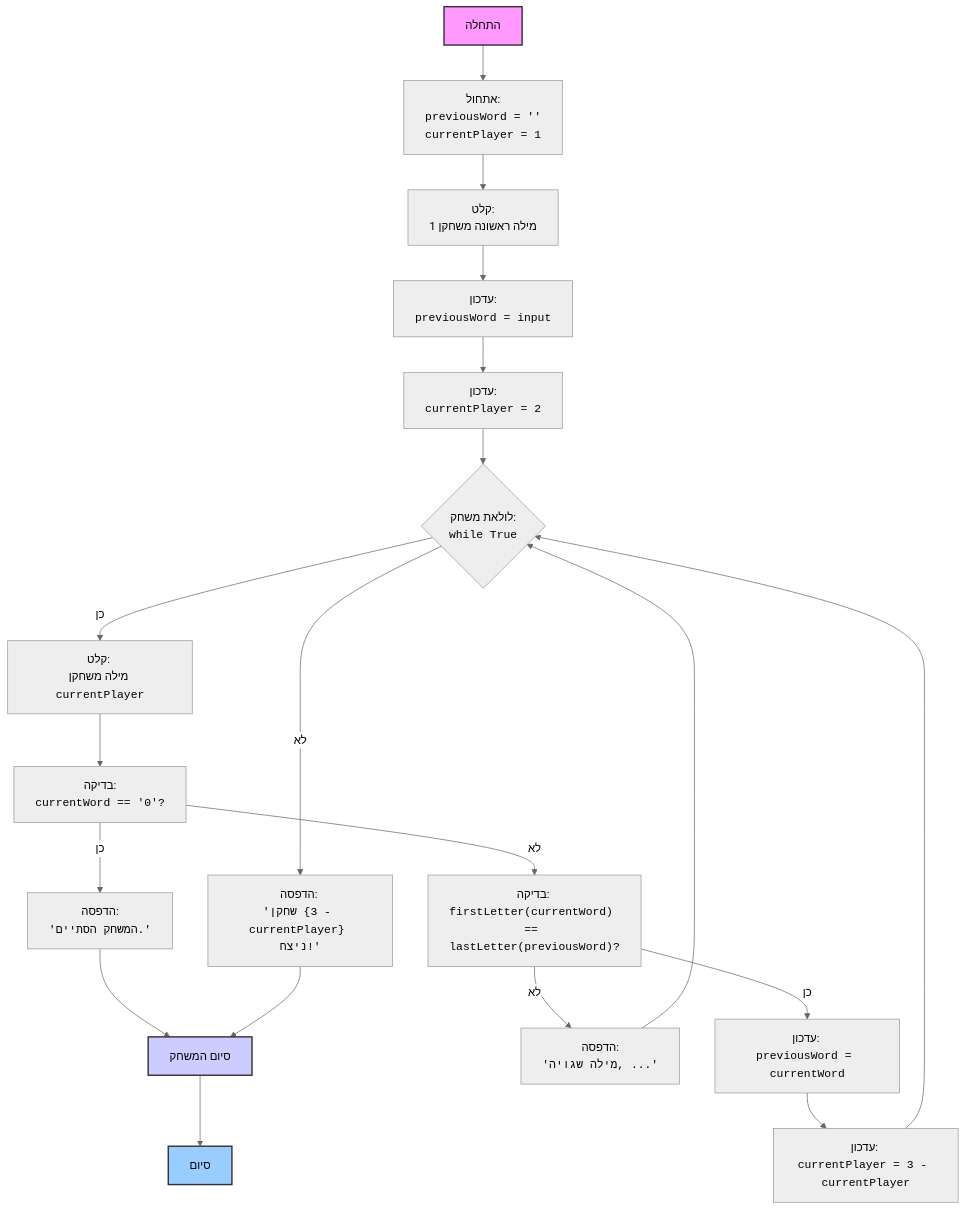
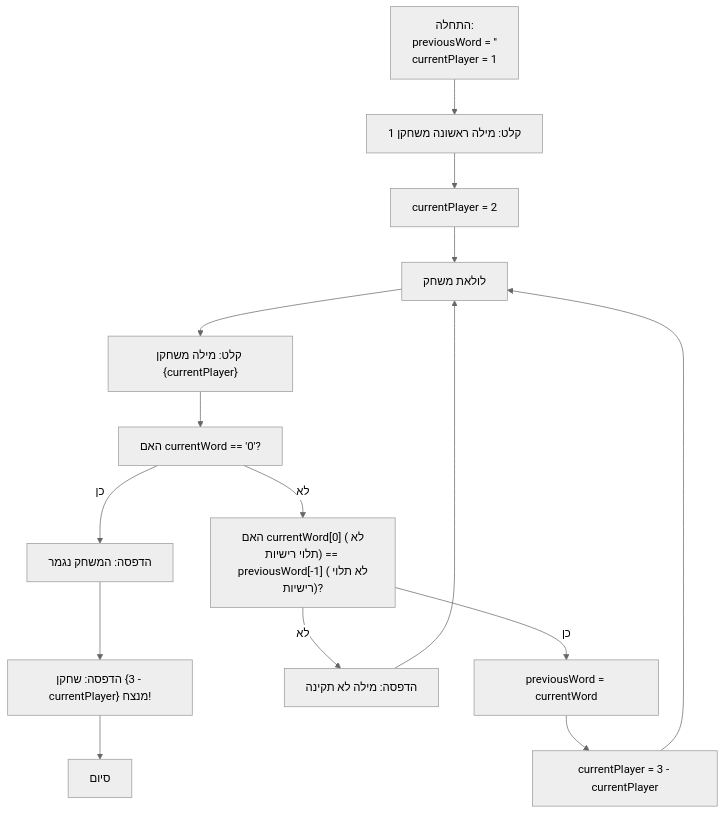
The diagram in docs/gemini/he/explainer/src/endpoints/ai_games/101_basic_computer_games/ru/GAMES/KING/king.py.md (hypo69/hypo), drawn with Mermaid (neutral theme) before and after one commit. The commit also changed other lines of this file and 885 other files, not shown here.

````diff
--- a/docs/gemini/he/explainer/src/endpoints/ai_games/101_basic_computer_games/ru/GAMES/KING/king.py.md
+++ b/docs/gemini/he/explainer/src/endpoints/ai_games/101_basic_computer_games/ru/GAMES/KING/king.py.md
@@ -94,26 +51,17 @@
 ```mermaid
 flowchart TD
-    Start["התחלה"] --> InitializeVars["אתחול: <br><code>previousWord = ''</code><br><code>currentPlayer = 1</code>"]
-    InitializeVars --> InputFirstWord["קלט: <br>מילה ראשונה משחקן 1"]
-    InputFirstWord --> UpdatePreviousWordFirst["עדכון: <br><code>previousWord = input</code>"]
-    UpdatePreviousWordFirst --> SetCurrentPlayer["עדכון: <br><code>currentPlayer = 2</code>"]
-    SetCurrentPlayer --> GameLoopStart{"לולאת משחק:<br><code>while True</code>"}
-    GameLoopStart -- כן --> InputCurrentWord["קלט: <br>מילה משחקן <code>currentPlayer</code>"]
-    InputCurrentWord --> CheckQuit["בדיקה: <br><code>currentWord == '0'?</code>"]
-    CheckQuit -- כן --> GameOver["הדפסה: <br><code>'המשחק הסתיים.'</code>"]
-    GameOver --> GameEnd["סיום המשחק"]
-    CheckQuit -- לא --> CheckWord["בדיקה: <br><code>firstLetter(currentWord) == lastLetter(previousWord)?</code>"]
-    CheckWord -- לא --> OutputError["הדפסה: <br><code>'מילה שגויה, ...'</code>"]
+    Start["התחלה: \n previousWord = '' \n currentPlayer = 1"] --> InputFirstWord["קלט: מילה ראשונה משחקן 1"]
+    InputFirstWord --> SetCurrentPlayer["currentPlayer = 2"]
+    SetCurrentPlayer --> GameLoopStart["לולאת משחק"]
+    GameLoopStart --> InputCurrentWord["קלט: מילה משחקן {currentPlayer}"]
+    InputCurrentWord --> CheckQuit["האם currentWord == '0'?"]
+    CheckQuit -- "כן" --> GameOver["הדפסה: המשחק נגמר"]
+    GameOver --> DeclareWinner["הדפסה: שחקן {3 - currentPlayer} מנצח!"]
+    DeclareWinner --> End["סיום"]
+    CheckQuit -- "לא" --> CheckFirstLetter["האם currentWord[0] (לא תלוי רישיות) == previousWord[-1] (לא תלוי רישיות)?"]
+    CheckFirstLetter -- "לא" --> OutputError["הדפסה: מילה לא תקינה"]
     OutputError --> GameLoopStart
-    CheckWord -- כן --> UpdatePreviousWord["עדכון: <br><code>previousWord = currentWord</code>"]
-    UpdatePreviousWord --> SwitchPlayer["עדכון: <br><code>currentPlayer = 3 - currentPlayer</code>"]
+    CheckFirstLetter -- "כן" --> UpdatePreviousWord["previousWord = currentWord"]
+    UpdatePreviousWord --> SwitchPlayer["currentPlayer = 3 - currentPlayer"]
     SwitchPlayer --> GameLoopStart
-    GameLoopStart -- לא --> OutputWinner["הדפסה: <br><code>'שחקן {3 - currentPlayer} ניצח!'</code>"]
-    OutputWinner --> GameEnd
-     GameEnd --> End["סיום"]
-
-    
-style Start fill:#f9f,stroke:#333,stroke-width:2px
-style GameEnd fill:#ccf,stroke:#333,stroke-width:2px
-style End fill:#9cf,stroke:#333,stroke-width:2px
 ```
````
